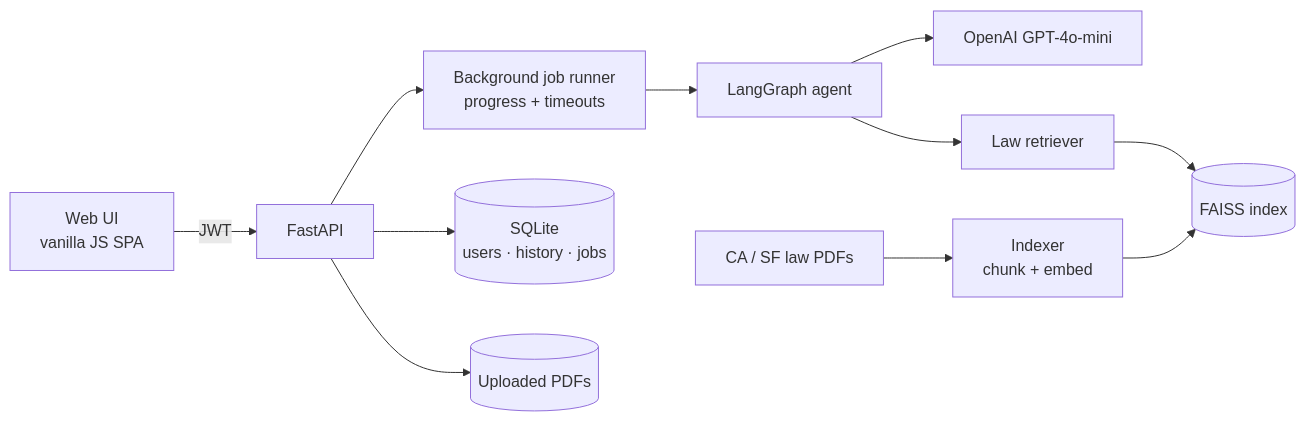
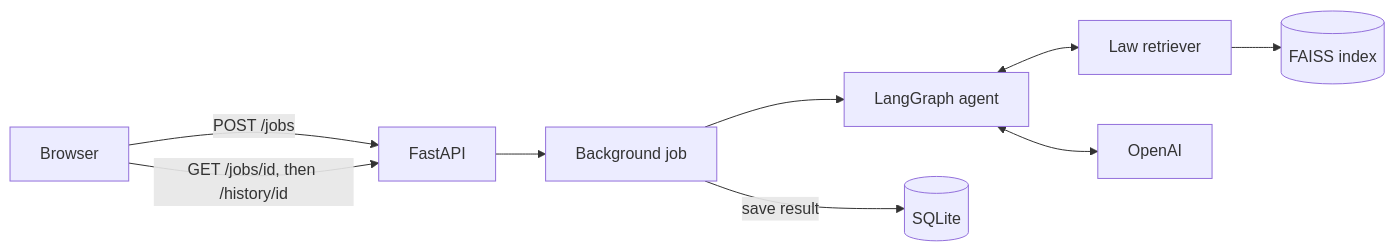
Before and after one commit to fardaevm/leazard: the first of 2 diagrams in README.md, drawn with Mermaid. The commit also changed other lines of this file, not shown here.

````diff
--- a/README.md
+++ b/README.md
@@ -43,12 +136,11 @@
 ```mermaid
 flowchart LR
-    UI[Web UI<br/>vanilla JS SPA] -->|JWT| API[FastAPI]
-    API --> JOBS[Background job runner<br/>progress + timeouts]
-    JOBS --> G[LangGraph agent]
-    G --> LLM[OpenAI GPT-4o-mini]
-    G --> RET[Law retriever]
-    RET --> FAISS[(FAISS index)]
-    LAW[CA / SF law PDFs] --> IDX[Indexer<br/>chunk + embed] --> FAISS
-    API --> DB[(SQLite<br/>users · history · jobs)]
-    API --> FS[(Uploaded PDFs)]
+    UI[Browser] -->|POST /jobs| API[FastAPI]
+    API --> JOB[Background job]
+    JOB --> AG[LangGraph agent]
+    AG <--> RET[Law retriever]
+    RET --> IDX[(FAISS index)]
+    AG <--> LLM[OpenAI]
+    JOB -->|save result| DB[(SQLite)]
+    UI -->|GET /jobs/id, then /history/id| API
 ```
````
